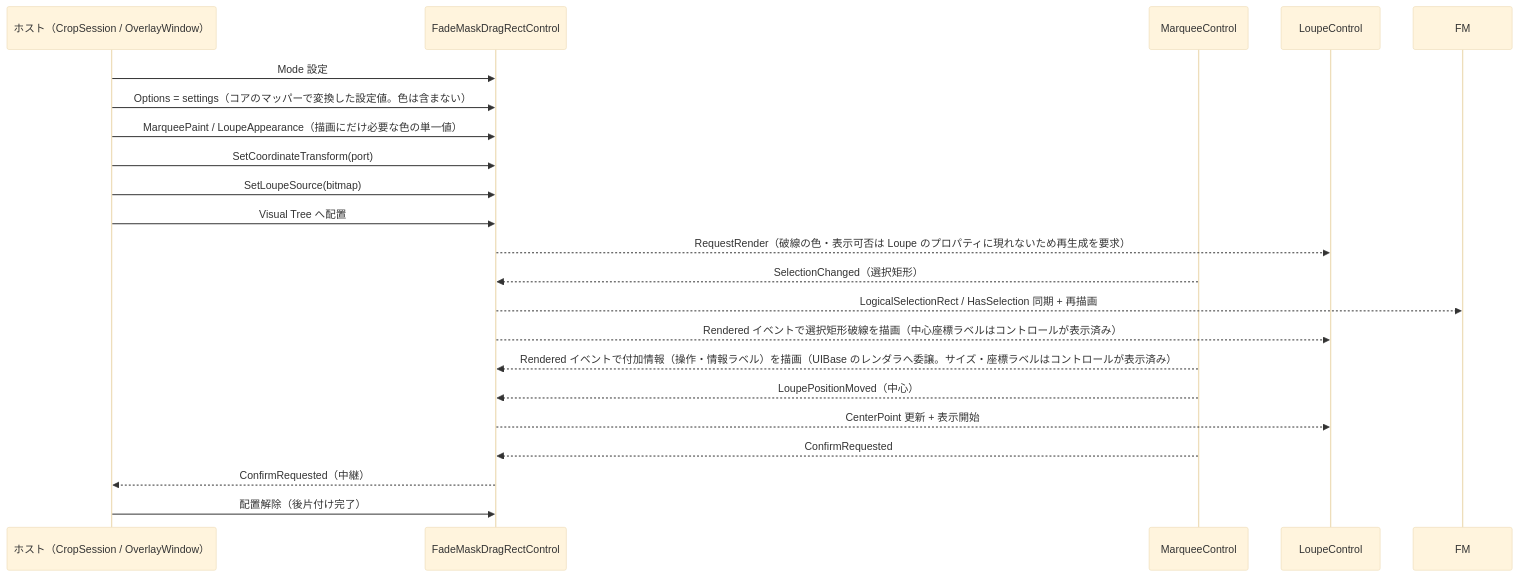
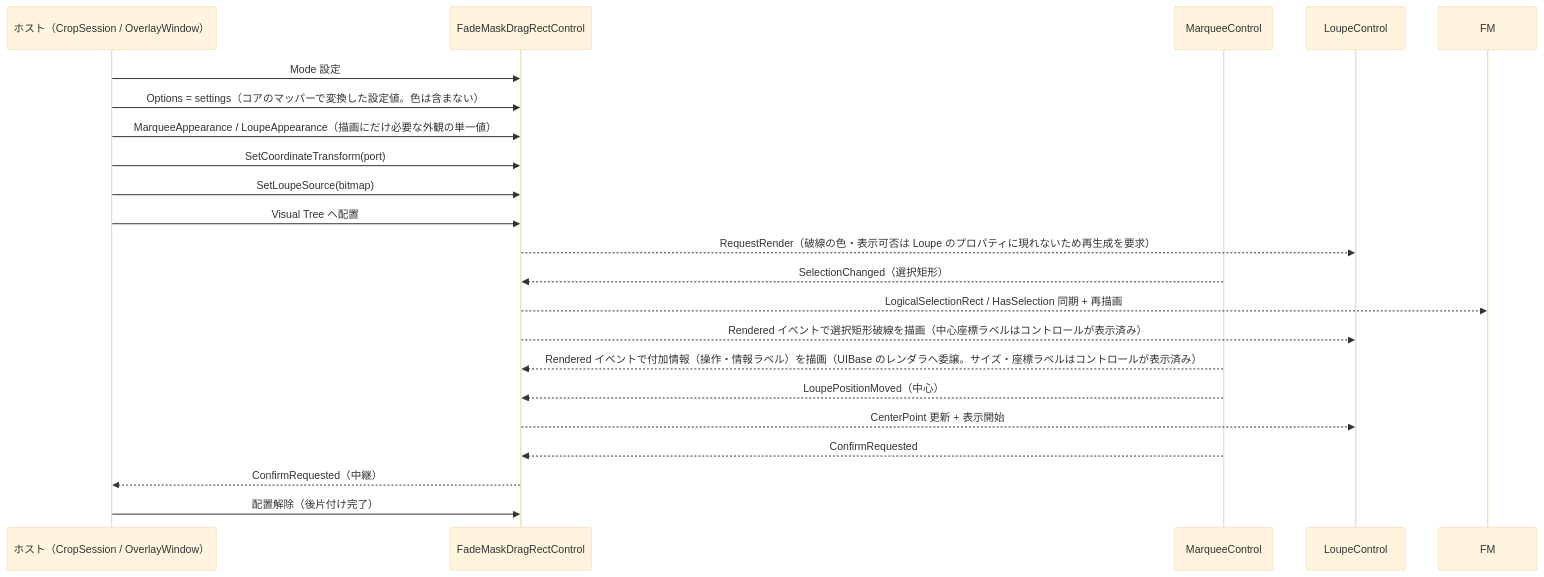
Before and after one commit to tomokuni/SaveEvidence: the second of 2 diagrams in src/FadeMaskDragRectControl.AvaloniaUI/SPEC_System.md, drawn with Mermaid (base theme). The commit also changed other lines of this file and 33 other files, not shown here.

````diff
--- a/src/FadeMaskDragRectControl.AvaloniaUI/SPEC_System.md
+++ b/src/FadeMaskDragRectControl.AvaloniaUI/SPEC_System.md
@@ -179,25 +179,25 @@
 ```mermaid
 sequenceDiagram
     participant H as ホスト（CropSession / OverlayWindow）
     participant C as FadeMaskDragRectControl
     participant DR as MarqueeControl
     
     participant LC as LoupeControl
 
     H->>C: Mode 設定
     H->>C: Options = settings（コアのマッパーで変換した設定値。色は含まない）
-    H->>C: MarqueePaint / LoupeAppearance（描画にだけ必要な色の単一値）
+    H->>C: MarqueeAppearance / LoupeAppearance（描画にだけ必要な外観の単一値）
     H->>C: SetCoordinateTransform(port)
     H->>C: SetLoupeSource(bitmap)
     H->>C: Visual Tree へ配置
     C-->>LC: RequestRender（破線の色・表示可否は Loupe のプロパティに現れないため再生成を要求）
     DR-->>C: SelectionChanged（選択矩形）
     C-->>FM: LogicalSelectionRect / HasSelection 同期 + 再描画
     C-->>LC: Rendered イベントで選択矩形破線を描画（中心座標ラベルはコントロールが表示済み）
     DR-->>C: Rendered イベントで付加情報（操作・情報ラベル）を描画（UIBase のレンダラへ委譲。サイズ・座標ラベルはコントロールが表示済み）
     DR-->>C: LoupePositionMoved（中心）
     C-->>LC: CenterPoint 更新 + 表示開始
     DR-->>C: ConfirmRequested
     C-->>H: ConfirmRequested（中継）
     H->>C: 配置解除（後片付け完了）
 ```
````
